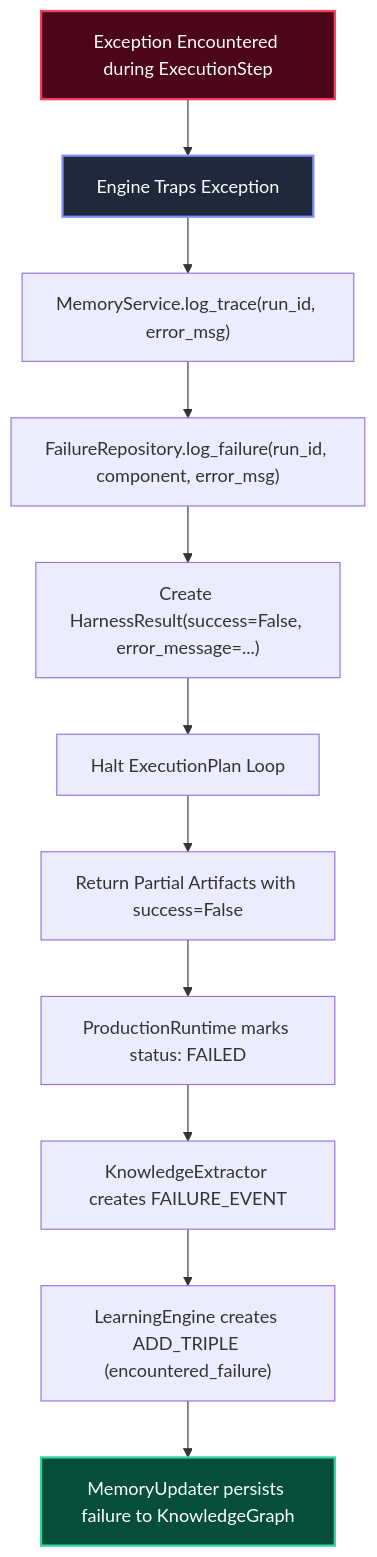
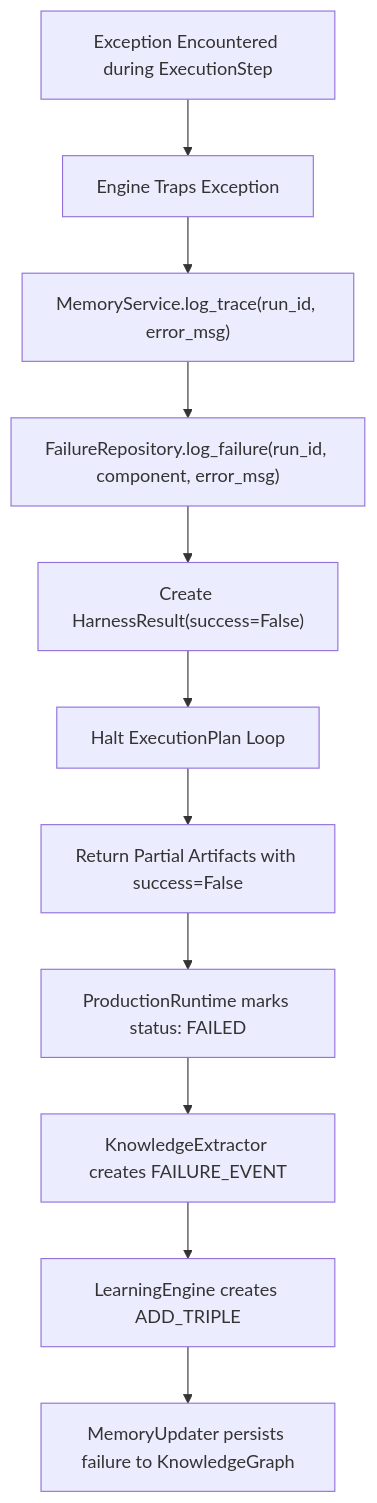
Diagram 14 of 16 in README.md (jacobjerryarackal/harness-engineering), drawn with Mermaid before and after one commit. The commit also changed other lines of this file, not shown here.

Commit message:
docs: clean up Mermaid diagrams by removing styling and replace HLD diagram with static image link

````diff
--- a/README.md
+++ b/README.md
@@ -882,17 +681,13 @@
 ```mermaid
 flowchart TD
     Err["Exception Encountered during ExecutionStep"] --> Trap["Engine Traps Exception"]
     Trap --> LogMem["MemoryService.log_trace(run_id, error_msg)"]
     LogMem --> LogFail["FailureRepository.log_failure(run_id, component, error_msg)"]
-    LogFail --> CreateResult["Create HarnessResult(success=False, error_message=...)"]
+    LogFail --> CreateResult["Create HarnessResult(success=False)"]
     CreateResult --> Halt["Halt ExecutionPlan Loop"]
     Halt --> ReturnPartial["Return Partial Artifacts with success=False"]
     ReturnPartial --> RuntimeEval["ProductionRuntime marks status: FAILED"]
     RuntimeEval --> ExtFail["KnowledgeExtractor creates FAILURE_EVENT"]
-    ExtFail --> LearnFail["LearningEngine creates ADD_TRIPLE (encountered_failure)"]
+    ExtFail --> LearnFail["LearningEngine creates ADD_TRIPLE"]
     LearnFail --> ApplyMem["MemoryUpdater persists failure to KnowledgeGraph"]
-
-    style Err fill:#4c0519,stroke:#f43f5e,stroke-width:2px,color:#fff
-    style Trap fill:#1e293b,stroke:#818cf8,stroke-width:2px,color:#fff
-    style ApplyMem fill:#064e3b,stroke:#34d399,stroke-width:2px,color:#fff
 ```
````
